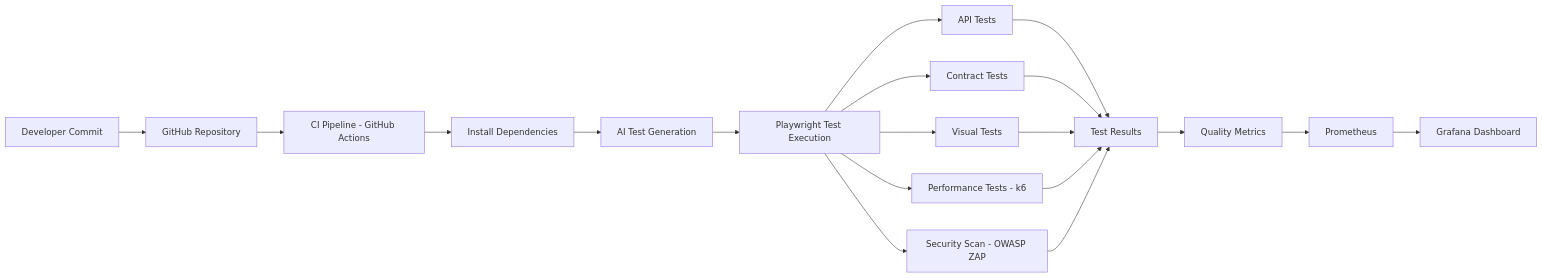
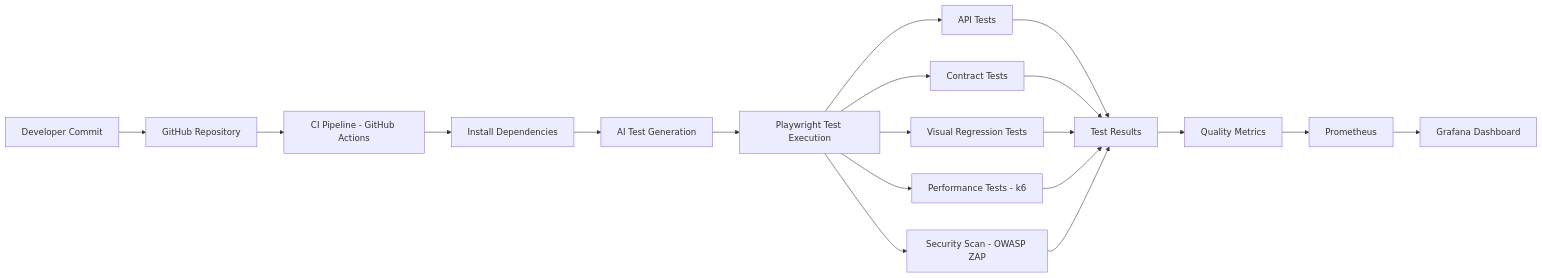
One commit to Gilvando21/ai-powered-qa-quality-platform changed the diagram in README.md. Above: the diagram before and after it, drawn with Mermaid. The commit also changed other lines of this file, not shown here.

````diff
--- a/README.md
+++ b/README.md
@@ -66,39 +58,36 @@
 ```mermaid
 flowchart LR
 
 A[Developer Commit] --> B[GitHub Repository]
 
 B --> C[CI Pipeline - GitHub Actions]
 
 C --> D[Install Dependencies]
 
 D --> E[AI Test Generation]
 
 E --> F[Playwright Test Execution]
 
 F --> G[API Tests]
 
 F --> H[Contract Tests]
 
-F --> I[Visual Tests]
+F --> I[Visual Regression Tests]
 
 F --> J[Performance Tests - k6]
 
 F --> S[Security Scan - OWASP ZAP]
 
 G --> K[Test Results]
 
 H --> K
-
 I --> K
-
 J --> K
-
 S --> K
 
 K --> L[Quality Metrics]
 
 L --> M[Prometheus]
 
 M --> N[Grafana Dashboard]
 ```
````
